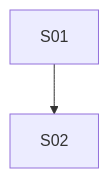
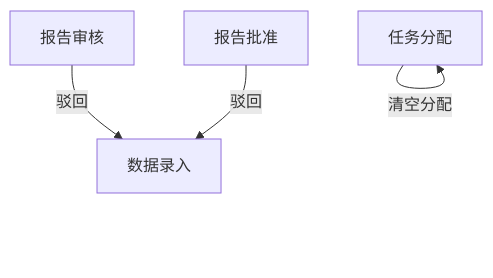
The second of 2 diagrams in docs/design/flow-function-map.md (zcqiand/lab-management-system-nextjs), drawn with Mermaid before and after one commit. The commit also changed other lines of this file and 2 other files, not shown here.

````diff
--- a/docs/design/flow-function-map.md
+++ b/docs/design/flow-function-map.md
@@ -9,4 +70,6 @@
 ```mermaid
 flowchart TD
-    S01[S01 ] --> S02[S02 ]
+    S04[报告审核] -- 驳回 --> S03[数据录入]
+    S05[报告批准] -- 驳回 --> S03[数据录入]
+    S02[任务分配] -- 清空分配 --> S02
 ```
````
